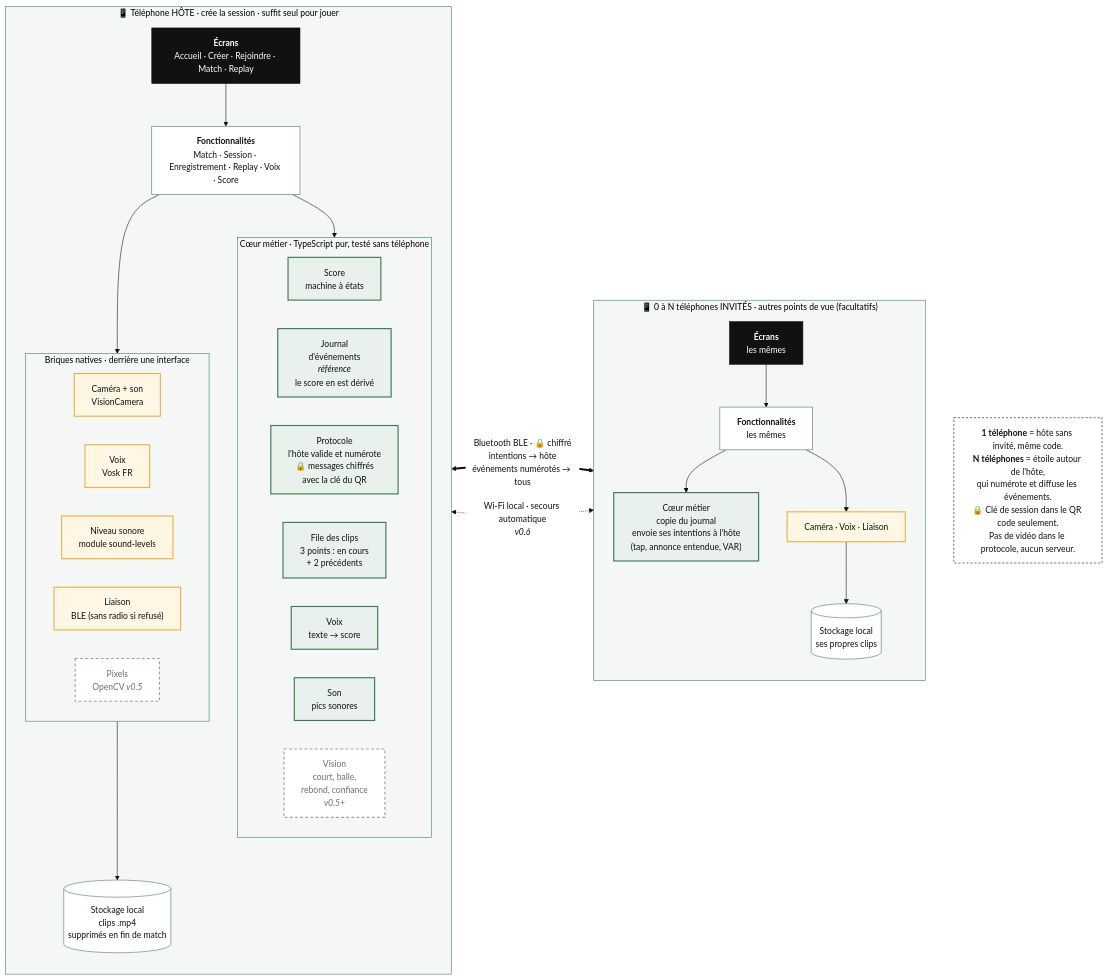
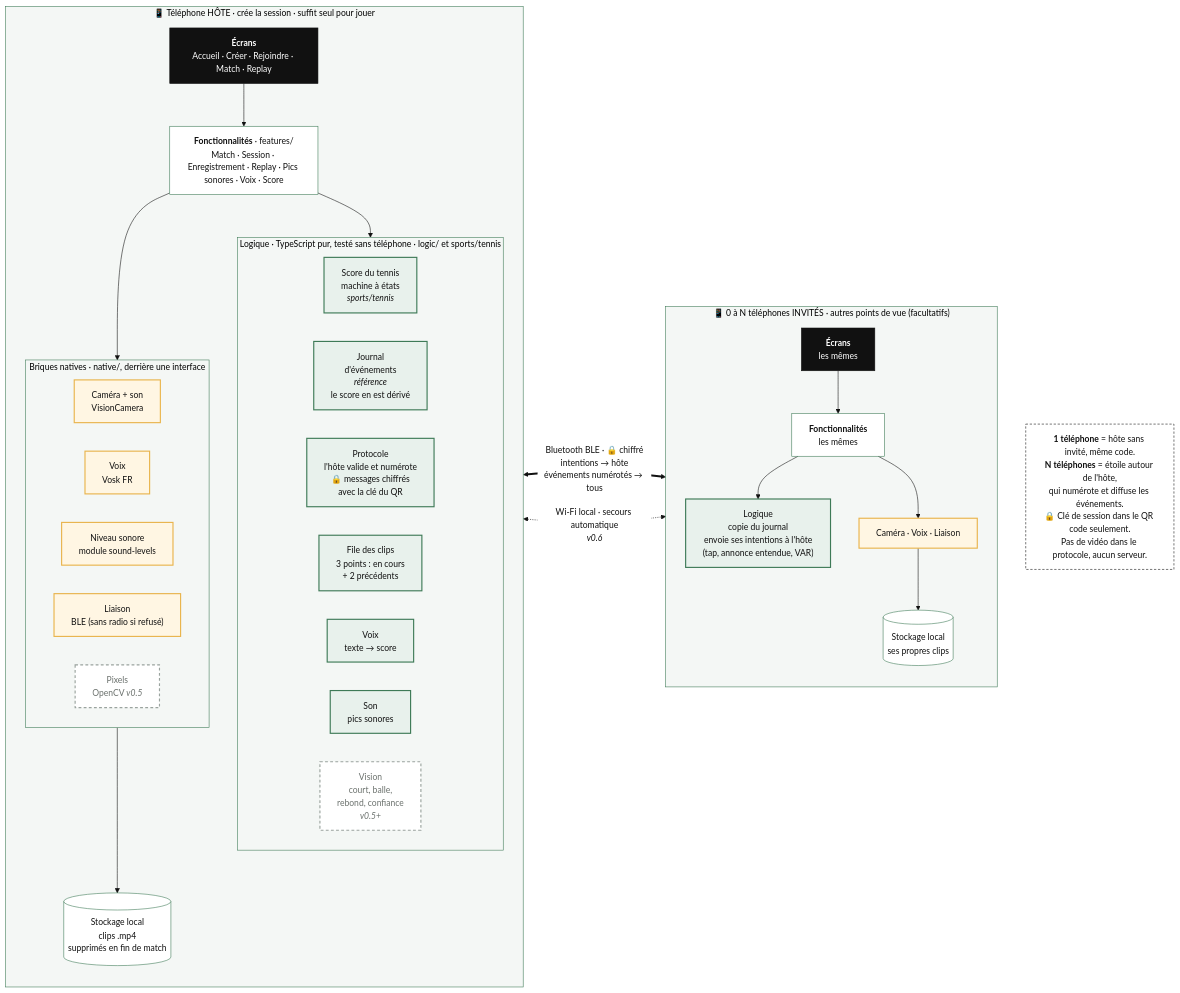
Before and after one commit to B0TAstro/temoin: the diagram in docs/architecture.md, drawn with Mermaid. The commit also changed other lines of this file and 32 other files, not shown here.

````diff
--- a/docs/architecture.md
+++ b/docs/architecture.md
@@ -7,59 +7,59 @@
 ```mermaid
 %%{init: {'theme':'base','themeVariables':{'fontFamily':'Helvetica, Arial','fontSize':'15px','primaryColor':'#FFFFFF','primaryTextColor':'#111111','primaryBorderColor':'#3E7A57','lineColor':'#111111','clusterBkg':'#F4F7F5','clusterBorder':'#3E7A57'}}}%%
 flowchart LR
   subgraph A["📱 Téléphone HÔTE · crée la session · suffit seul pour jouer"]
     direction TB
     A_UI["<b>Écrans</b><br/>Accueil · Créer · Rejoindre · Match · Replay"]
-    A_F["<b>Fonctionnalités</b><br/>Match · Session · Enregistrement · Replay · Voix · Score"]
-    subgraph A_CORE["Cœur métier · TypeScript pur, testé sans téléphone"]
+    A_F["<b>Fonctionnalités</b> · features/<br/>Match · Session · Enregistrement · Replay · Pics sonores · Voix · Score"]
+    subgraph A_CORE["Logique · TypeScript pur, testé sans téléphone · logic/ et sports/tennis"]
       direction LR
-      A_S["Score<br/>machine à états"]
+      A_S["Score du tennis<br/>machine à états<br/><i>sports/tennis</i>"]
       A_J["Journal<br/>d'événements<br/><i>référence</i><br/>le score en est dérivé"]
       A_P["Protocole<br/>l'hôte valide et numérote<br/>🔒 messages chiffrés<br/>avec la clé du QR"]
       A_C["File des clips<br/>3 points : en cours<br/>+ 2 précédents"]
       A_VO["Voix<br/>texte → score"]
       A_SO["Son<br/>pics sonores"]
       A_V["Vision<br/>court, balle,<br/>rebond, confiance<br/><i>v0.5+</i>"]
     end
-    subgraph A_NAT["Briques natives · derrière une interface"]
+    subgraph A_NAT["Briques natives · native/, derrière une interface"]
       direction LR
       A_CAM["Caméra + son<br/>VisionCamera"]
       A_MIC["Voix<br/>Vosk FR"]
       A_ENV["Niveau sonore<br/>module sound-levels"]
       A_LINK["Liaison<br/>BLE (sans radio si refusé)"]
       A_CV["Pixels<br/>OpenCV <i>v0.5</i>"]
     end
     A_DISK[("Stockage local<br/>clips .mp4<br/>supprimés en fin de match")]
     A_UI --> A_F --> A_CORE
     A_F --> A_NAT
     A_CAM --> A_DISK
   end
 
   subgraph B["📱 0 à N téléphones INVITÉS · autres points de vue (facultatifs)"]
     direction TB
     B_UI["<b>Écrans</b><br/>les mêmes"]
     B_F["<b>Fonctionnalités</b><br/>les mêmes"]
-    B_CORE["Cœur métier<br/>copie du journal<br/>envoie ses intentions à l'hôte<br/>(tap, annonce entendue, VAR)"]
+    B_CORE["Logique<br/>copie du journal<br/>envoie ses intentions à l'hôte<br/>(tap, annonce entendue, VAR)"]
     B_NAT["Caméra · Voix · Liaison"]
     B_DISK[("Stockage local<br/>ses propres clips")]
     B_UI --> B_F --> B_CORE
     B_F --> B_NAT --> B_DISK
   end
 
   A_LINK <== "Bluetooth BLE · 🔒 chiffré<br/>intentions → hôte<br/>événements numérotés → tous" ==> B_NAT
   A_LINK <-. "Wi-Fi local · secours automatique<br/><i>v0.6</i>" .-> B_NAT
 
   NOTE["<b>1 téléphone</b> = hôte sans invité, même code.<br/><b>N téléphones</b> = étoile autour de l'hôte,<br/>qui numérote et diffuse les événements.<br/>🔒 Clé de session dans le QR code seulement.<br/>Pas de vidéo dans le protocole, aucun serveur."]
   B ~~~ NOTE
 
   classDef core fill:#E8F1EC,stroke:#3E7A57,stroke-width:2px,color:#111111
   classDef nat fill:#FFF6E3,stroke:#E9B44C,stroke-width:2px,color:#111111
   classDef later fill:#FFFFFF,stroke:#9AA39E,stroke-width:2px,stroke-dasharray:5 4,color:#6B716D
   classDef ui fill:#111111,stroke:#111111,color:#FFFFFF
   classDef note fill:#FFFFFF,stroke:#111111,stroke-dasharray:4 3,color:#111111
   class A_S,A_J,A_P,A_C,A_VO,A_SO,B_CORE core
   class A_CAM,A_MIC,A_ENV,A_LINK,B_NAT nat
   class A_V,A_CV later
   class A_UI,B_UI ui
   class NOTE note
 ```
````
